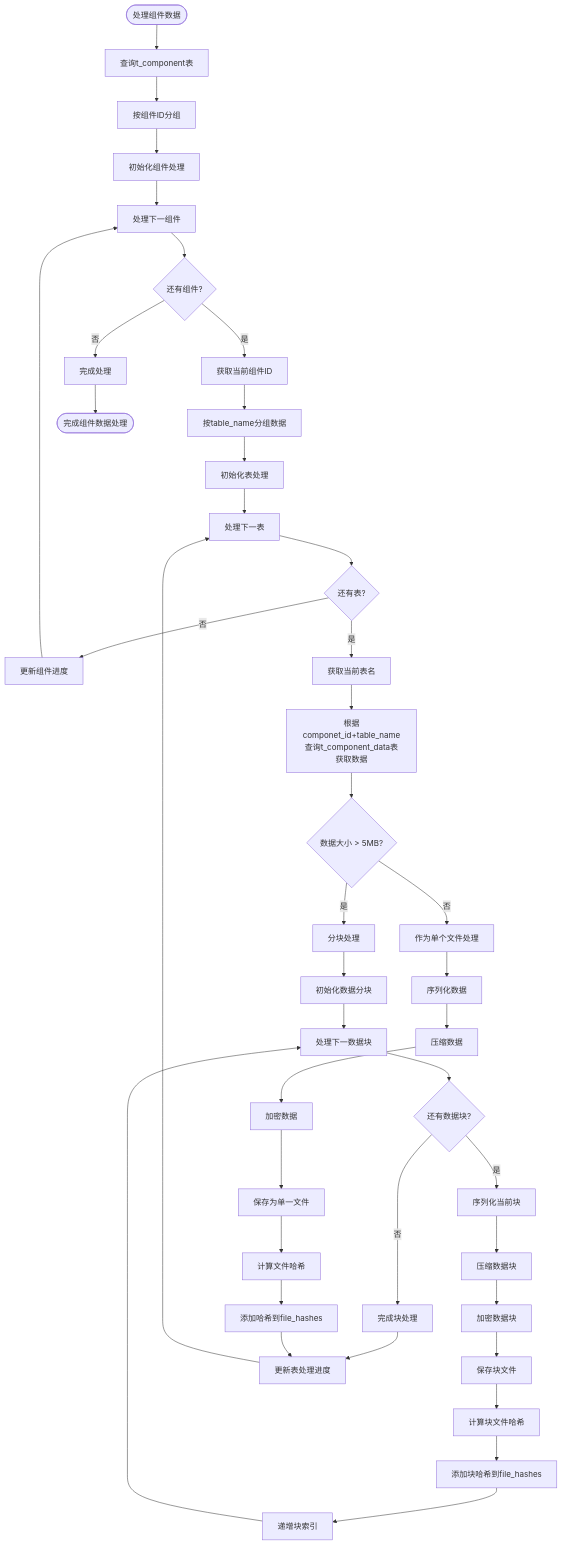
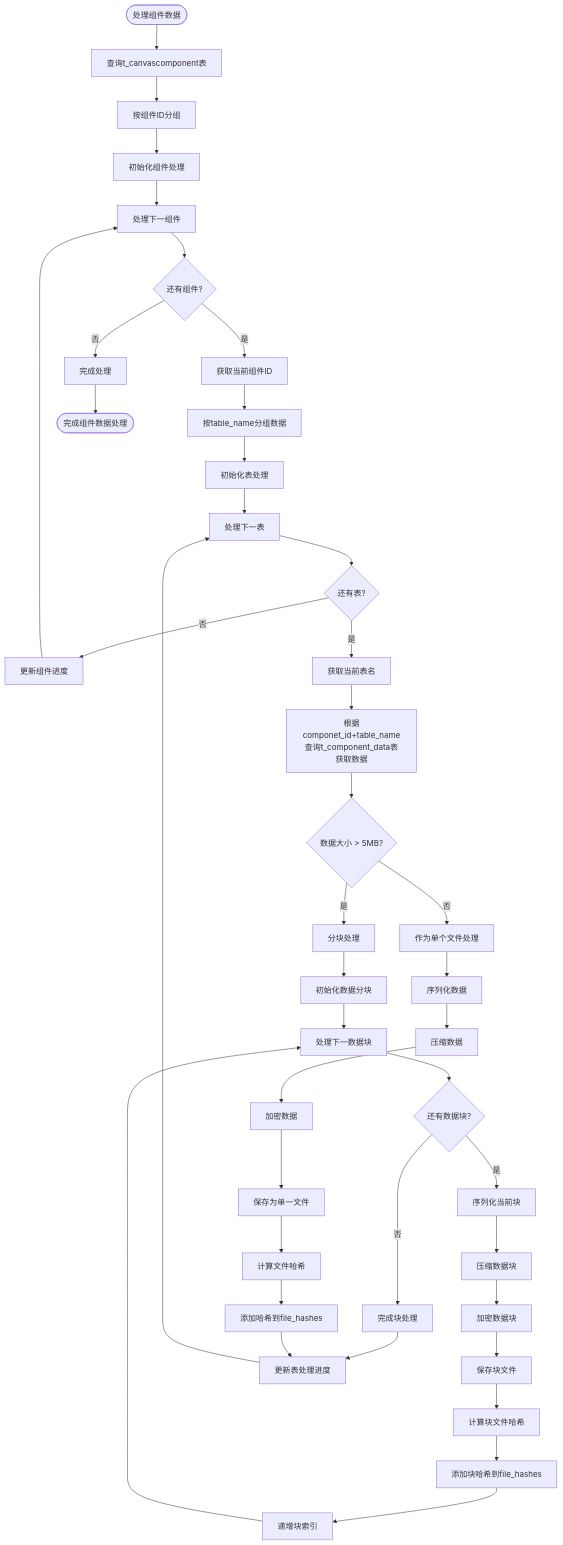
One commit to yingjianzh/iodraw-files changed the diagram in all/未命名-56.md. Above: the diagram before and after it, drawn with Mermaid.

Commit message:
2025-05-12 14:21:37 update

````diff
--- a/all/未命名-56.md
+++ b/all/未命名-56.md
@@ -1,57 +1,57 @@
 ```mermaid
 
 flowchart TD
-    Start([处理组件数据]) --> QueryDB[查询t_component表]
+    Start([处理组件数据]) --> QueryDB[查询t_canvascomponent表]
     QueryDB --> GroupByComp[按组件ID分组]
     GroupByComp --> InitCompProcess[初始化组件处理]
     
     InitCompProcess --> ProcessNextComp[处理下一组件]
     ProcessNextComp --> MoreComps{还有组件?}
     MoreComps -->|否| CompleteProcess[完成处理]
     MoreComps -->|是| GetCompID[获取当前组件ID]
     
     GetCompID --> GroupByTable[按table_name分组数据]
     GroupByTable --> InitTableProcess[初始化表处理]
     
     InitTableProcess --> ProcessNextTable[处理下一表]
     ProcessNextTable --> MoreTables{还有表?}
     MoreTables -->|否| UpdateCompProgress[更新组件进度]
     MoreTables -->|是| GetTableName[获取当前表名]
     
     UpdateCompProgress --> ProcessNextComp
     
     GetTableName --> QueryTableData[根据componet_id+table_name查询t_component_data表获取数据]
     QueryTableData --> DataSize{数据大小 > 5MB?}
     
     DataSize -->|否| ProcessSingleFile[作为单个文件处理]
     DataSize -->|是| ProcessMultipleChunks[分块处理]
     
     ProcessSingleFile --> SerializeData[序列化数据]
     SerializeData --> CompressData[压缩数据]
     CompressData --> EncryptData[加密数据]
     EncryptData --> SaveSingleFile[保存为单一文件]
     SaveSingleFile --> CalcFileHash[计算文件哈希]
     CalcFileHash --> AddToFileHashes[添加哈希到file_hashes]
 
     ProcessMultipleChunks --> InitChunks[初始化数据分块]
     InitChunks --> ProcessNextChunk[处理下一数据块]
     
     ProcessNextChunk --> MoreChunks{还有数据块?}
     MoreChunks -->|否| CompleteChunks[完成块处理]
     MoreChunks -->|是| SerializeChunk[序列化当前块]
     
     SerializeChunk --> CompressChunk[压缩数据块]
     CompressChunk --> EncryptChunk[加密数据块]
     EncryptChunk --> SaveChunkFile[保存块文件]
     SaveChunkFile --> CalcChunkHash[计算块文件哈希]
     CalcChunkHash --> AddChunkHash[添加块哈希到file_hashes]
     AddChunkHash --> IncrementChunkIndex[递增块索引]
     IncrementChunkIndex --> ProcessNextChunk
     
     CompleteChunks --> UpdateTableProgress[更新表处理进度]
     AddToFileHashes --> UpdateTableProgress
     UpdateTableProgress --> ProcessNextTable
     
     CompleteProcess --> End([完成组件数据处理])
 
 ```
````
